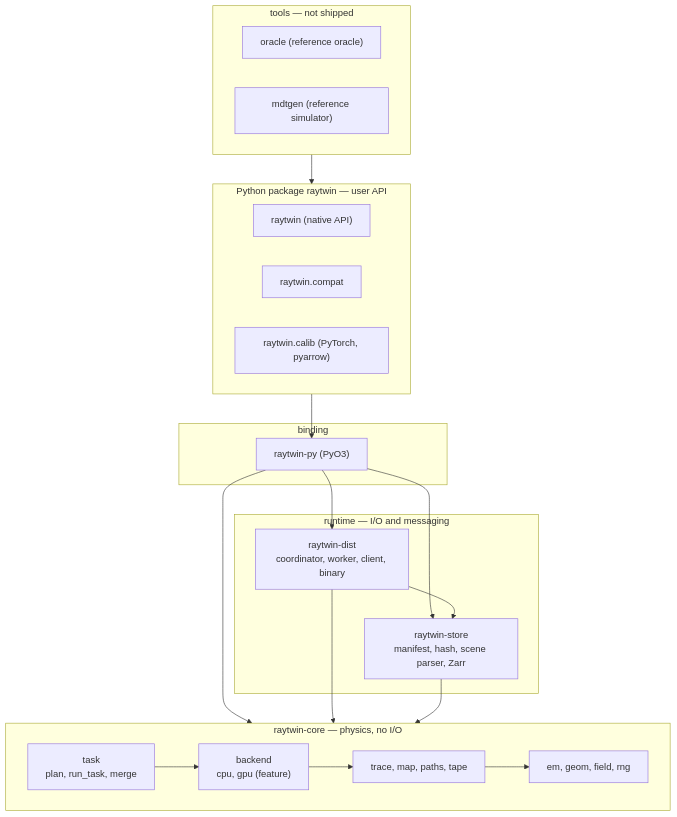
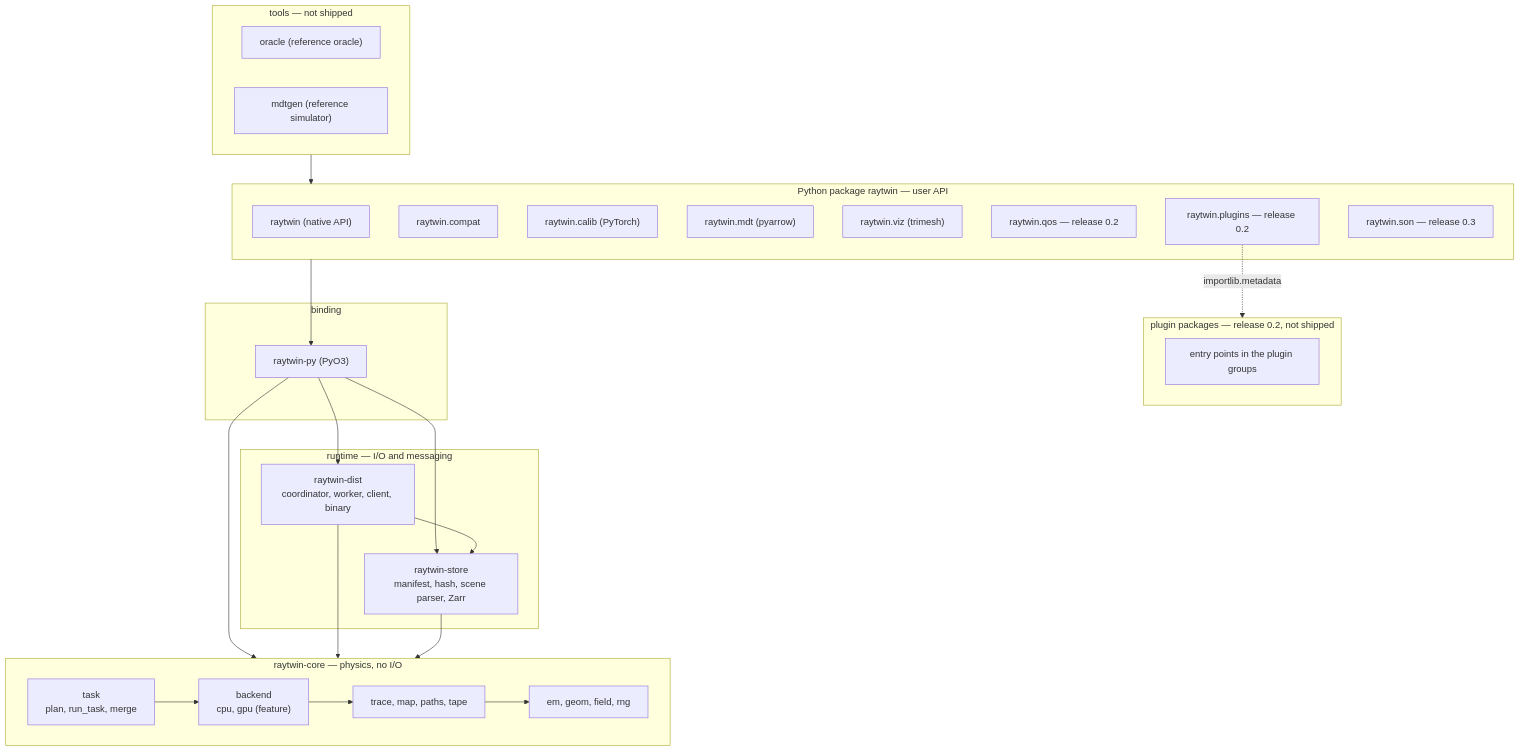
The first of 16 diagrams in docs/architecture/ARCHITECTURE.md (NguyenVu04/ray-twin), drawn with Mermaid before and after one commit. The commit also changed other lines of this file and 24 other files, not shown here.

````diff
--- a/docs/architecture/ARCHITECTURE.md
+++ b/docs/architecture/ARCHITECTURE.md
@@ -338,41 +262,51 @@
 ```mermaid
 flowchart TB
     subgraph python_pkg["Python package raytwin — user API"]
         py_api["raytwin (native API)"]
         py_compat["raytwin.compat"]
-        py_calib["raytwin.calib (PyTorch, pyarrow)"]
+        py_calib["raytwin.calib (PyTorch)"]
+        py_mdt["raytwin.mdt (pyarrow)"]
+        py_viz["raytwin.viz (trimesh)"]
+        py_qos["raytwin.qos — release 0.2"]
+        py_plugins["raytwin.plugins — release 0.2"]
+        py_son["raytwin.son — release 0.3"]
+    end
+
+    subgraph plugin_pkgs["plugin packages — release 0.2, not shipped"]
+        ext["entry points in the plugin groups"]
     end
 
     subgraph binding["binding"]
         raytwin_py["raytwin-py (PyO3)"]
     end
 
     subgraph runtime["runtime — I/O and messaging"]
         raytwin_dist["raytwin-dist<br/>coordinator, worker, client, binary"]
         raytwin_store["raytwin-store<br/>manifest, hash, scene parser, Zarr"]
     end
 
     subgraph core["raytwin-core — physics, no I/O"]
         task["task<br/>plan, run_task, merge"]
         backend["backend<br/>cpu, gpu (feature)"]
         kernels["trace, map, paths, tape"]
         leaf["em, geom, field, rng"]
     end
 
     subgraph tools["tools — not shipped"]
         oracle["oracle (reference oracle)"]
         mdtgen["mdtgen (reference simulator)"]
     end
 
     python_pkg --> raytwin_py
     raytwin_py --> raytwin_dist
     raytwin_py --> raytwin_store
     raytwin_py --> core
     raytwin_dist --> raytwin_store
     raytwin_dist --> core
     raytwin_store --> core
     task --> backend
     backend --> kernels
     kernels --> leaf
     tools --> python_pkg
+    py_plugins -. "importlib.metadata" .-> plugin_pkgs
 ```
````
